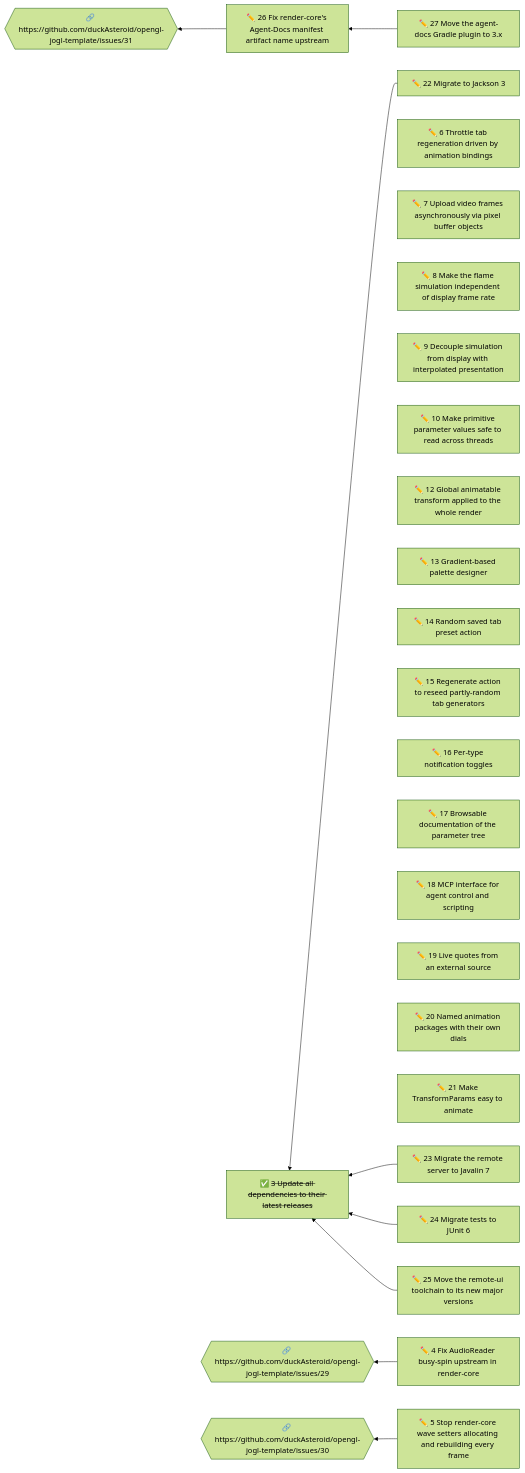
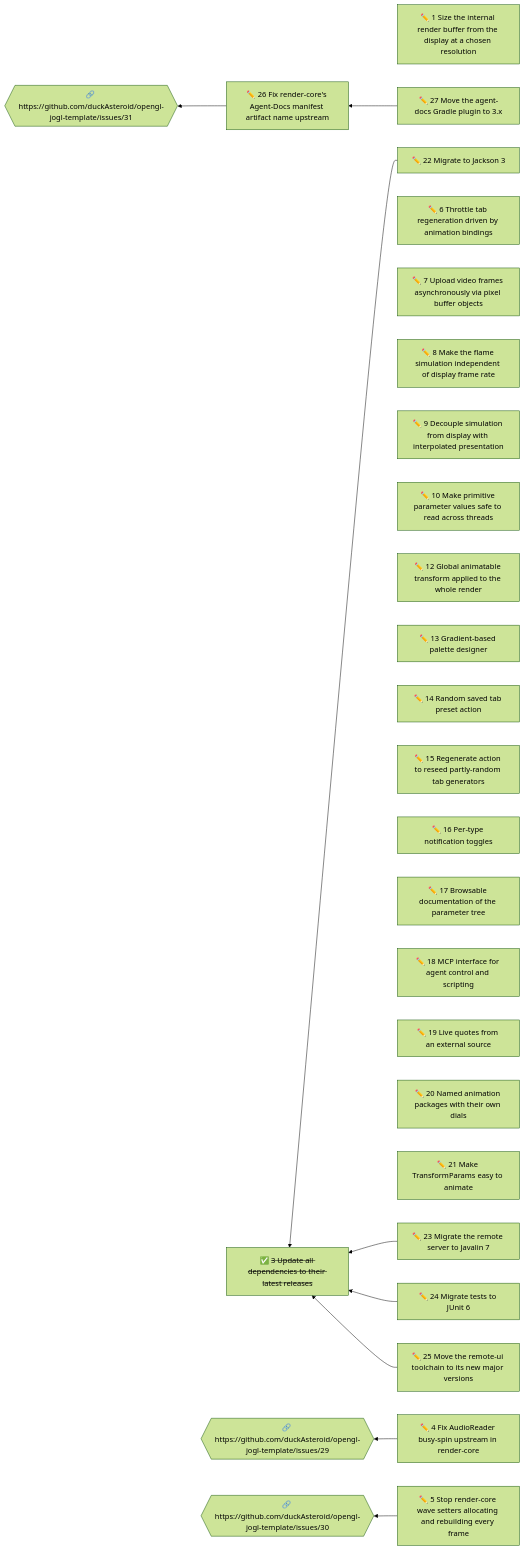
One commit to duckAsteroid/cthugha-reborn changed the diagram in docs/initiatives/README.md. Above: the diagram before and after it, drawn with Mermaid (forest theme). The commit also changed other lines of this file and 1 other file, not shown here.

Commit message:
docs(initiatives): reopen ct#1; render buffer follows the actual output

````diff
--- a/docs/initiatives/README.md
+++ b/docs/initiatives/README.md
@@ -56,65 +57,67 @@
 ```mermaid
 flowchart RL
+  n1["✏️ 1 Size the internal render buffer from the display at a chosen resolution"]
   n4["✏️ 4 Fix AudioReader busy-spin upstream in render-core"]
   n5["✏️ 5 Stop render-core wave setters allocating and rebuilding every frame"]
   n6["✏️ 6 Throttle tab regeneration driven by animation bindings"]
   n7["✏️ 7 Upload video frames asynchronously via pixel buffer objects"]
   n8["✏️ 8 Make the flame simulation independent of display frame rate"]
   n9["✏️ 9 Decouple simulation from display with interpolated presentation"]
   n10["✏️ 10 Make primitive parameter values safe to read across threads"]
   n12["✏️ 12 Global animatable transform applied to the whole render"]
   n13["✏️ 13 Gradient-based palette designer"]
   n14["✏️ 14 Random saved tab preset action"]
   n15["✏️ 15 Regenerate action to reseed partly-random tab generators"]
   n16["✏️ 16 Per-type notification toggles"]
   n17["✏️ 17 Browsable documentation of the parameter tree"]
   n18["✏️ 18 MCP interface for agent control and scripting"]
   n19["✏️ 19 Live quotes from an external source"]
   n20["✏️ 20 Named animation packages with their own dials"]
   n21["✏️ 21 Make TransformParams easy to animate"]
   n22["✏️ 22 Migrate to Jackson 3"]
   n23["✏️ 23 Migrate the remote server to Javalin 7"]
   n24["✏️ 24 Migrate tests to JUnit 6"]
   n25["✏️ 25 Move the remote-ui toolchain to its new major versions"]
   n26["✏️ 26 Fix render-core's Agent-Docs manifest artifact name upstream"]
   n27["✏️ 27 Move the agent-docs Gradle plugin to 3.x"]
   n3["✅ <s>3 Update all dependencies to their latest releases</s>"]
   x1{{"🔗 https://github.com/duckAsteroid/opengl-jogl-template/issues/29"}}
   x2{{"🔗 https://github.com/duckAsteroid/opengl-jogl-template/issues/30"}}
   x3{{"🔗 https://github.com/duckAsteroid/opengl-jogl-template/issues/31"}}
   n4 --> x1
   n5 --> x2
   n22 --> n3
   n23 --> n3
   n24 --> n3
   n25 --> n3
   n26 --> x3
   n27 --> n26
+  click n1 href "01-cap-the-internal-render-resolution-at-high-window-sizes.md"
   click n4 href "04-fix-audioreader-busy-spin-upstream-in-render-core.md"
   click n5 href "05-stop-render-core-wave-setters-allocating-and-rebuilding-ever.md"
   click n6 href "06-throttle-tab-regeneration-driven-by-animation-bindings.md"
   click n7 href "07-upload-video-frames-asynchronously-via-pixel-buffer-objects.md"
   click n8 href "08-make-the-flame-simulation-independent-of-display-frame-rate.md"
   click n9 href "09-decouple-simulation-from-display-with-interpolated-presentat.md"
   click n10 href "10-make-primitive-parameter-values-safe-to-read-across-threads.md"
   click n12 href "12-global-animatable-transform-applied-to-the-whole-render.md"
   click n13 href "13-gradient-based-palette-designer.md"
   click n14 href "14-random-saved-tab-preset-action.md"
   click n15 href "15-regenerate-action-to-reseed-partly-random-tab-generators.md"
   click n16 href "16-per-type-notification-toggles.md"
   click n17 href "17-browsable-documentation-of-the-parameter-tree.md"
   click n18 href "18-mcp-interface-for-agent-control-and-scripting.md"
   click n19 href "19-live-quotes-from-an-external-source.md"
   click n20 href "20-named-animation-packages-with-their-own-dials.md"
   click n21 href "21-make-transformparams-easy-to-animate.md"
   click n22 href "22-migrate-to-jackson-3.md"
   click n23 href "23-migrate-the-remote-server-to-javalin-7.md"
   click n24 href "24-migrate-tests-to-junit-6.md"
   click n25 href "25-move-the-remote-ui-toolchain-to-its-new-major-versions.md"
   click n26 href "26-fix-render-core-s-agent-docs-manifest-artifact-name-upstream.md"
   click n27 href "27-move-the-agent-docs-gradle-plugin-to-3-x.md"
   click n3 href "03-update-all-dependencies-to-their-latest-releases.md"
   click x1 href "https://github.com/duckAsteroid/opengl-jogl-template/issues/29"
   click x2 href "https://github.com/duckAsteroid/opengl-jogl-template/issues/30"
   click x3 href "https://github.com/duckAsteroid/opengl-jogl-template/issues/31"
 ```
````
